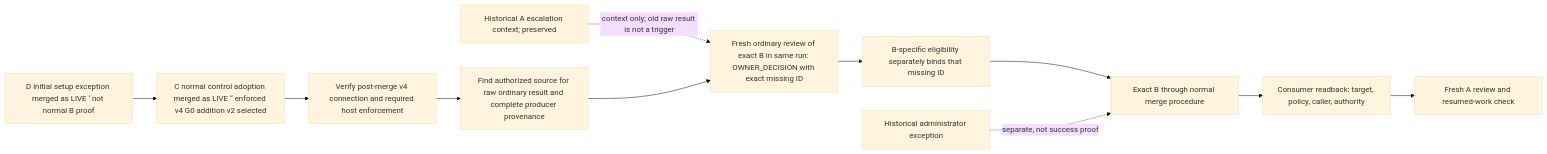
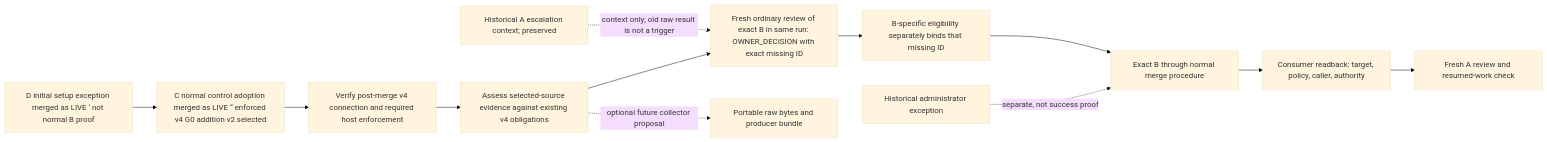
The diagram in docs/investigations/2026-10-08-preview4-gap-roadmap.md (flair-agency/architecture-gatekeeper), drawn with Mermaid (base theme) before and after one commit. The commit also changed other lines of this file, not shown here.

Commit message:
docs: align evidence capture with selected G0 contract

````diff
--- a/docs/investigations/2026-10-08-preview4-gap-roadmap.md
+++ b/docs/investigations/2026-10-08-preview4-gap-roadmap.md
@@ -155,13 +156,14 @@
 ```mermaid
 flowchart LR
   A[Historical A escalation context; preserved] -. context only; old raw result is not a trigger .-> E
   D[D initial setup exception merged as LIVE #145; not normal B proof] --> C[C normal control adoption merged as LIVE #147; enforced v4 G0 addition v2 selected]
   C --> P[Verify post-merge v4 connection and required host enforcement]
-  P --> Q[Find authorized source for raw ordinary result and complete producer provenance]
+  P --> Q[Assess selected-source evidence against existing v4 obligations]
+  Q -. optional future collector proposal .-> Q2[Portable raw bytes and producer bundle]
   Q --> E[Fresh ordinary review of exact B in same run: OWNER_DECISION with exact missing ID]
   E --> K[B-specific eligibility separately binds that missing ID]
   K --> B[Exact B through normal merge procedure]
   B --> R[Consumer readback: target, policy, caller, authority]
   R --> F[Fresh A review and resumed-work check]
   X[Historical administrator exception] -. separate, not success proof .-> B
 ```
````
